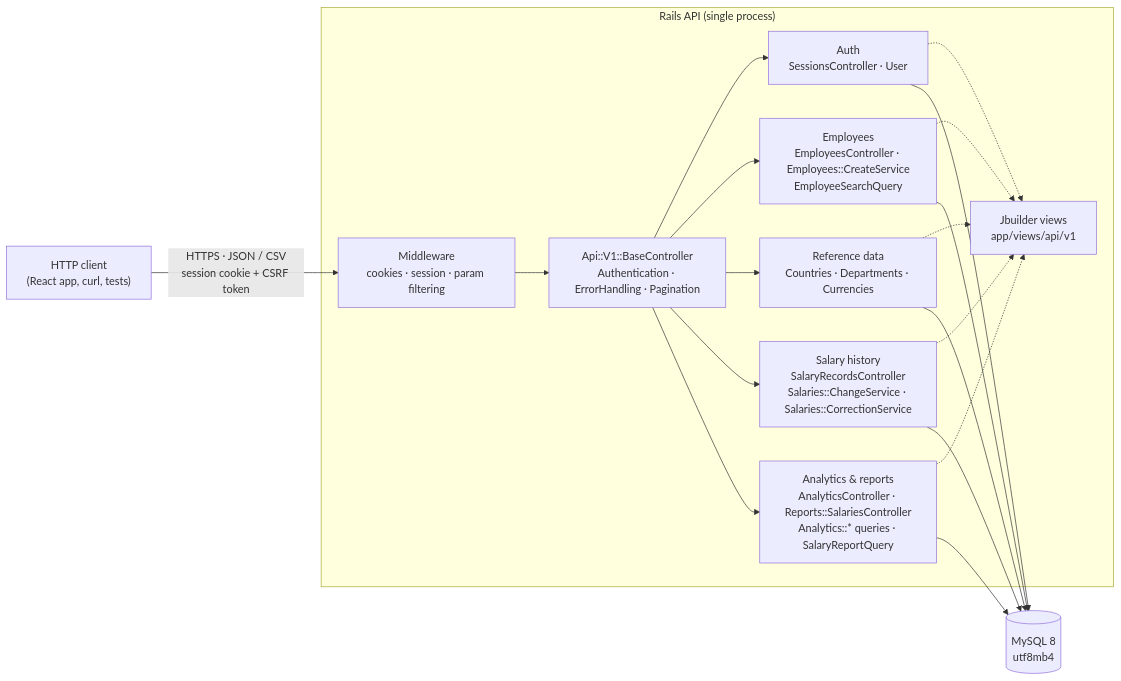
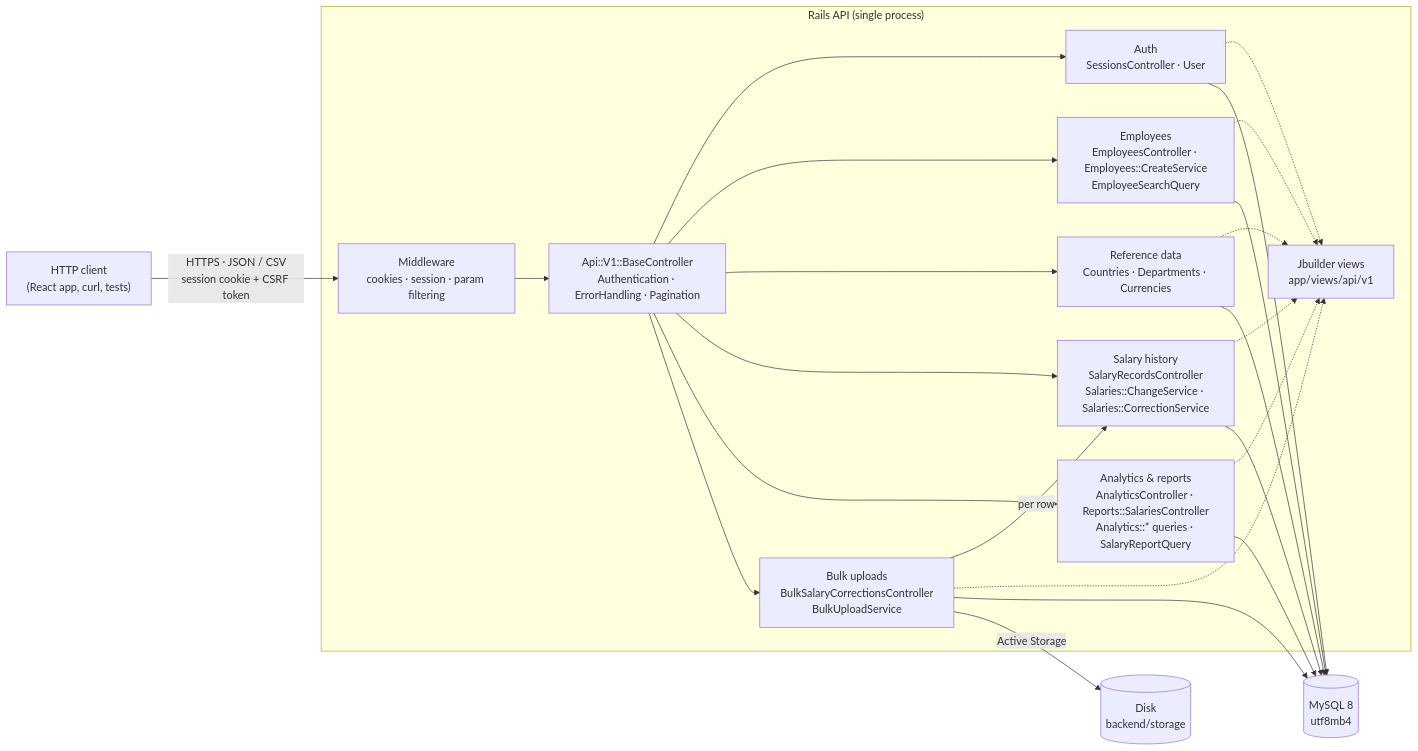
Before and after one commit to sumit-kumar-agrawal/acme_salary_mgt_sys: the first of 4 diagrams in docs/architecture.md, drawn with Mermaid. The commit also changed other lines of this file and 29 other files, not shown here.

````diff
--- a/docs/architecture.md
+++ b/docs/architecture.md
@@ -15,17 +15,20 @@
 ```mermaid
 flowchart LR
     Client["HTTP client<br/>(React app, curl, tests)"] -->|"HTTPS · JSON / CSV<br/>session cookie + CSRF token"| MW
 
     subgraph API["Rails API (single process)"]
         MW["Middleware<br/>cookies · session · param filtering"] --> BASE["Api::V1::BaseController<br/>Authentication · ErrorHandling · Pagination"]
         BASE --> AUTH["Auth<br/>SessionsController · User"]
         BASE --> EMP["Employees<br/>EmployeesController · Employees::CreateService<br/>EmployeeSearchQuery"]
         BASE --> REF["Reference data<br/>Countries · Departments · Currencies"]
         BASE --> SAL["Salary history<br/>SalaryRecordsController<br/>Salaries::ChangeService · Salaries::CorrectionService"]
         BASE --> ANA["Analytics & reports<br/>AnalyticsController · Reports::SalariesController<br/>Analytics::* queries · SalaryReportQuery"]
+        BASE --> BULK["Bulk uploads<br/>BulkSalaryCorrectionsController<br/>BulkUploadService"]
+        BULK -->|"per row"| SAL
         SER["Jbuilder views<br/>app/views/api/v1"]
-        EMP & SAL & ANA & REF & AUTH -.-> SER
+        EMP & SAL & ANA & REF & AUTH & BULK -.-> SER
     end
 
-    AUTH & EMP & REF & SAL & ANA --> DB[("MySQL 8<br/>utf8mb4")]
+    AUTH & EMP & REF & SAL & ANA & BULK --> DB[("MySQL 8<br/>utf8mb4")]
+    BULK -->|"Active Storage"| FS[("Disk<br/>backend/storage")]
 ```
````
